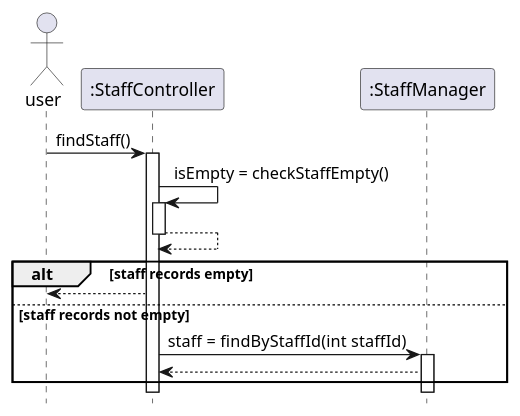
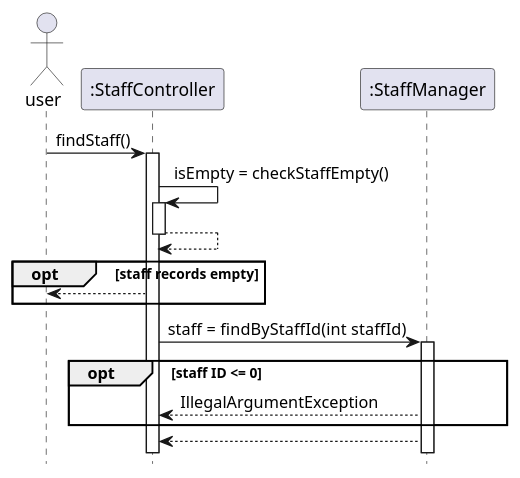
Before and after one commit to nus-cs2113-AY2122S2/tp: the diagram in docs/uml/sequence/StaffManager_findStaff.puml, drawn with PlantUML. The commit also changed 28 other files, not shown here.

```diff
--- a/docs/uml/sequence/StaffManager_findStaff.puml
+++ b/docs/uml/sequence/StaffManager_findStaff.puml
@@ -1,28 +1,34 @@
 @startuml
 'https://plantuml.com/sequence-diagram
 
 hide footbox
 
 actor user
 participant ":StaffController" as staffcontroller
 participant ":StaffManager" as staffmanager
 
 
 user -> staffcontroller: findStaff()
 activate staffcontroller
 
 staffcontroller -> staffcontroller: isEmpty = checkStaffEmpty()
 activate staffcontroller
 staffcontroller --> staffcontroller
 deactivate staffcontroller
 
-alt staff records empty
+opt staff records empty
 staffcontroller --> user
+end
 
-else staff records not empty
 staffcontroller -> staffmanager: staff  = findByStaffId(int staffId)
 activate staffmanager
+
+opt staff ID <= 0
+staffmanager --> staffcontroller: IllegalArgumentException
+end
+
 staffmanager --> staffcontroller
 
-end
+
+
 @enduml
```
